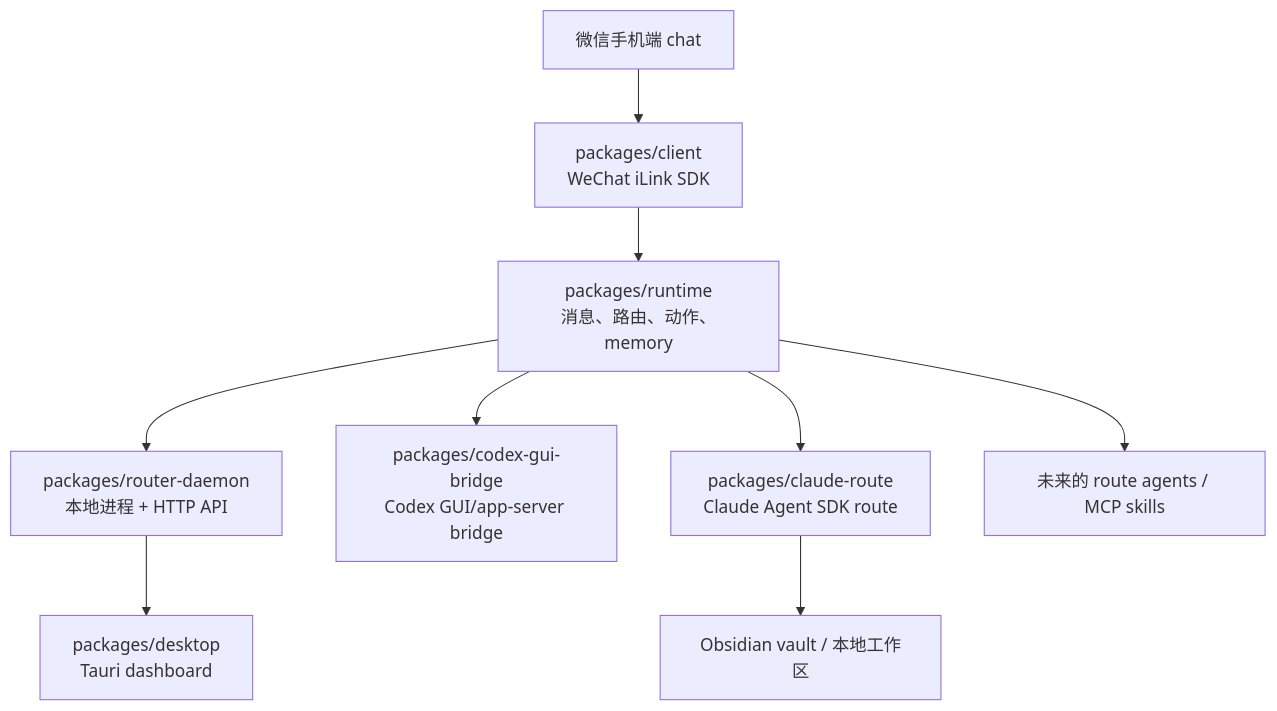
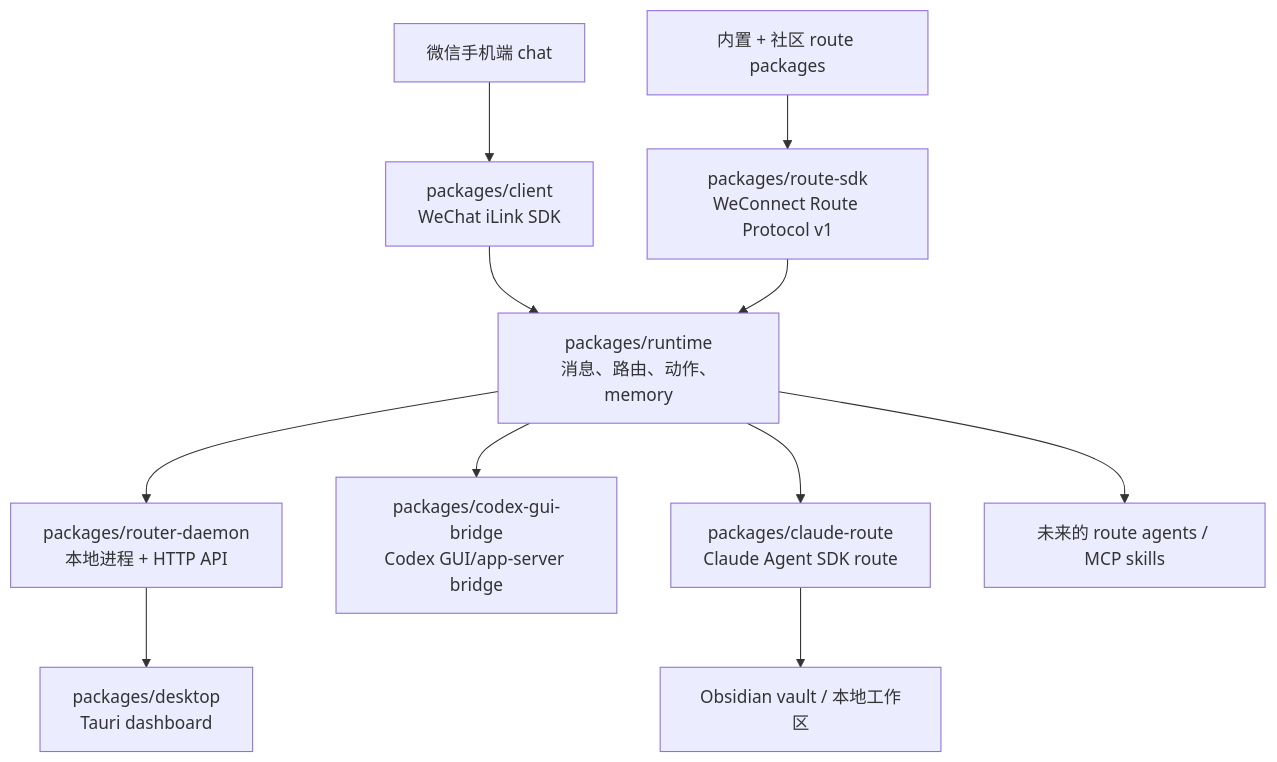
The diagram in README.zh_CN.md (WillbsoluteVodka/wechat2all), drawn with Mermaid before and after one commit. The commit also changed other lines of this file and 100 other files, not shown here.

Commit message:
Introduce modular route packages and SDK

````diff
--- a/README.zh_CN.md
+++ b/README.zh_CN.md
@@ -12,11 +12,13 @@
 ```mermaid
 flowchart TD
   W["微信手机端 chat"] --> C["packages/client<br/>WeChat iLink SDK"]
   C --> R["packages/runtime<br/>消息、路由、动作、memory"]
+  S["packages/route-sdk<br/>WeConnect Route Protocol v1"] --> R
+  P["内置 + 社区 route packages"] --> S
   R --> D["packages/router-daemon<br/>本地进程 + HTTP API"]
   D --> UI["packages/desktop<br/>Tauri dashboard"]
   R --> CG["packages/codex-gui-bridge<br/>Codex GUI/app-server bridge"]
   R --> CL["packages/claude-route<br/>Claude Agent SDK route"]
   CL --> V["Obsidian vault / 本地工作区"]
   R --> A["未来的 route agents / MCP skills"]
 ```
````
